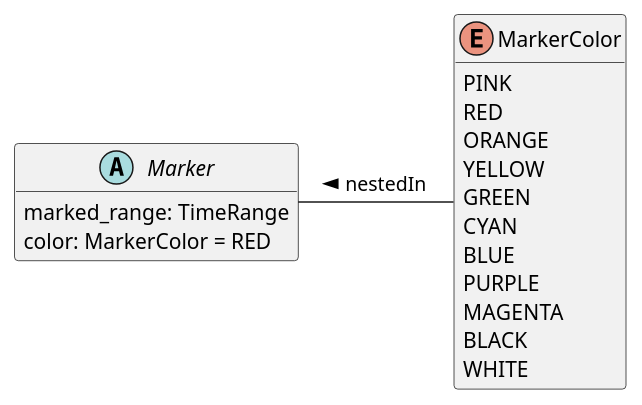
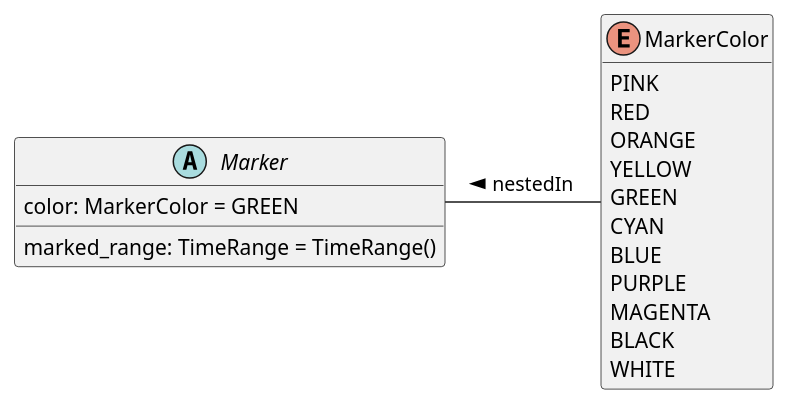
Diagram 14 of 32 in src/main/md/otio-core.md (sandflow/otio-core-specification), drawn with PlantUML before and after one commit. The commit also changed other lines of this file and 11 other files, not shown here.

Commit message:
Updated schema per test material

````diff
--- a/src/main/md/otio-core.md
+++ b/src/main/md/otio-core.md
@@ -841,28 +836,28 @@
 ```puml
 @startuml
 hide empty members
 skinparam classAttributeIconSize 0
 
 abstract class Marker {
-  marked_range: TimeRange
-  color: MarkerColor = RED
+  marked_range: TimeRange = TimeRange()
+  color: MarkerColor = GREEN
 }
 
 enum MarkerColor {
     PINK
     RED
     ORANGE
     YELLOW
     GREEN
     CYAN
     BLUE
     PURPLE
     MAGENTA
     BLACK
     WHITE
 }
 
 MarkerColor -left- Marker : nestedIn >
 
 @enduml
 ```
````
